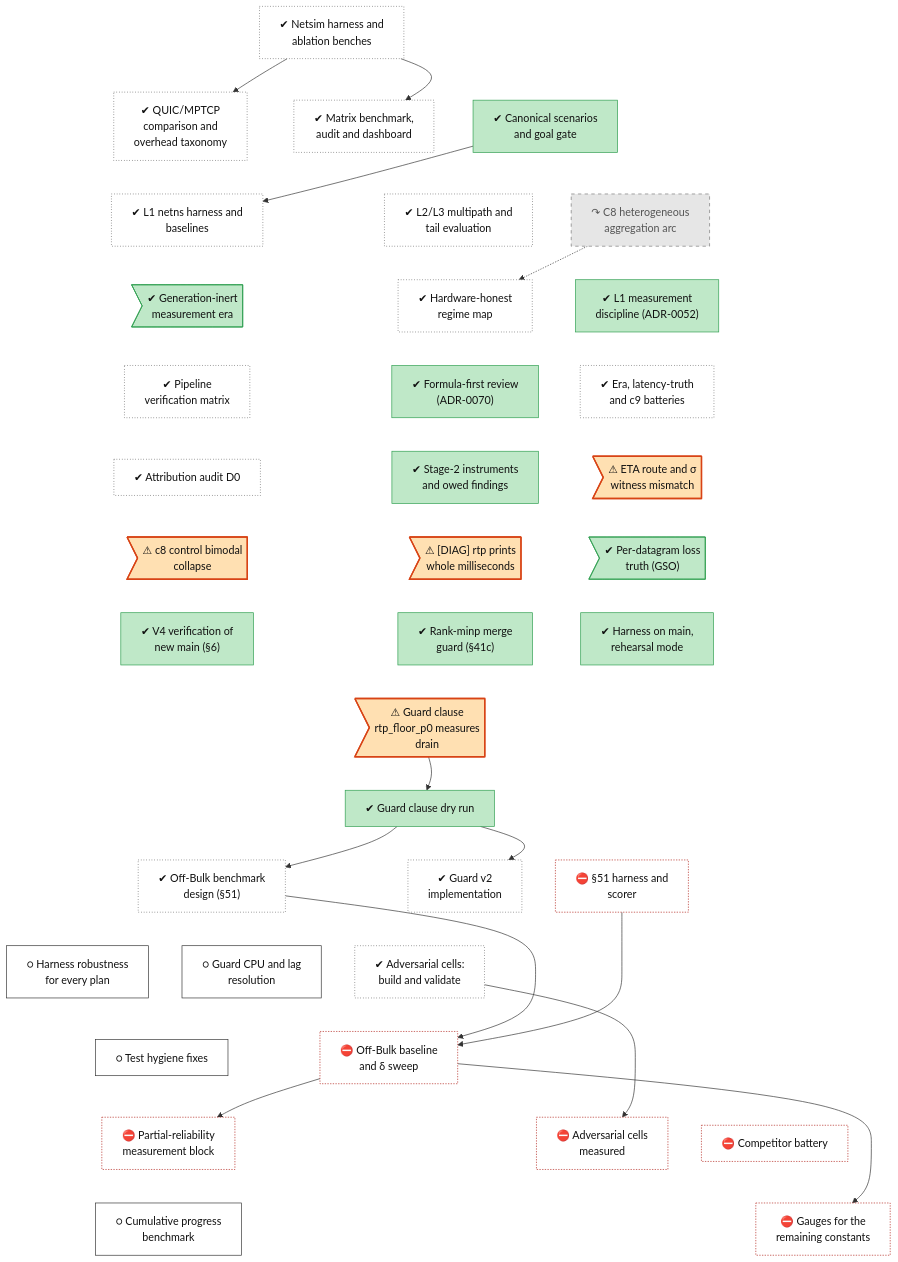
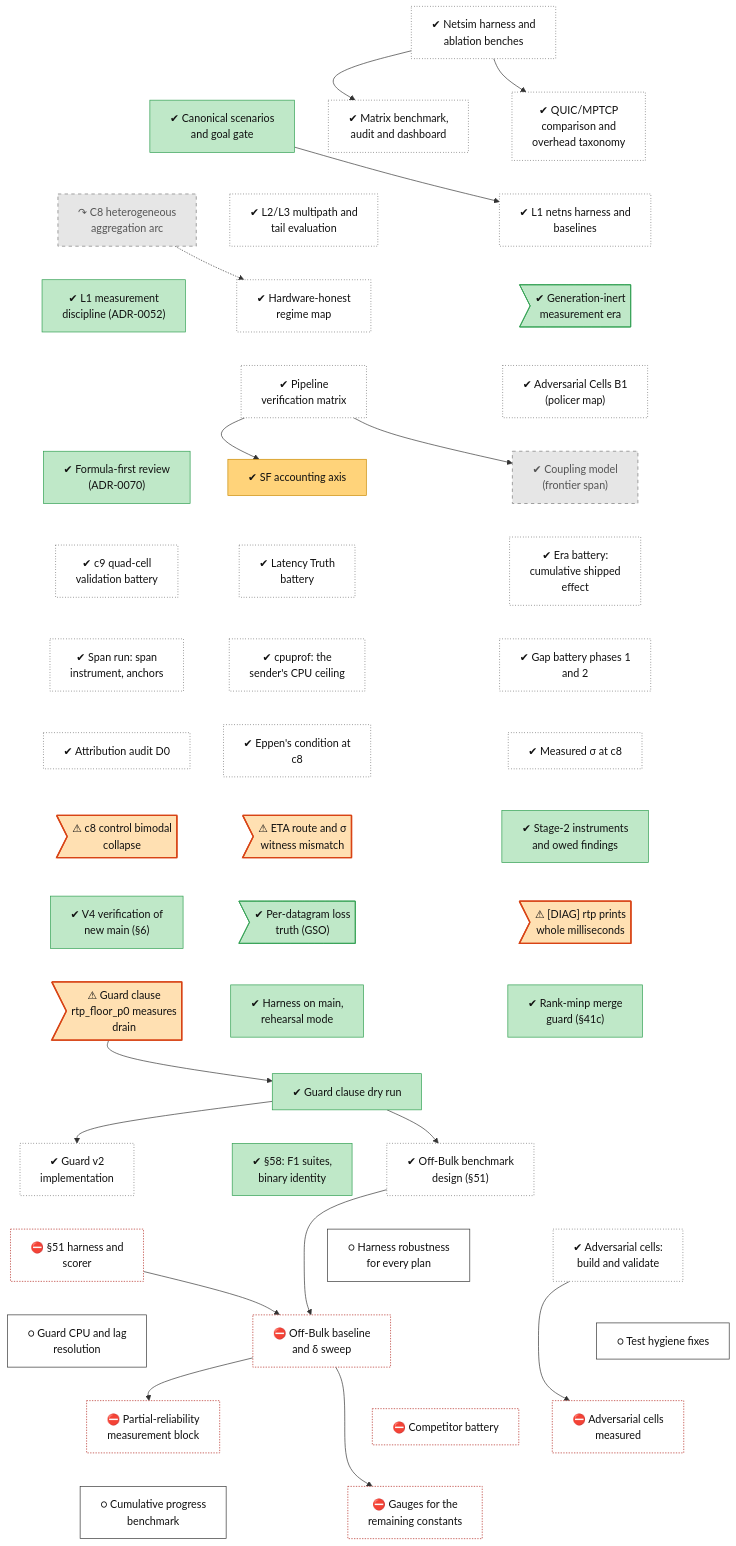
The diagram in docs/roadmap/tracks/meas.md (lhns/raptorpath), drawn with Mermaid before and after one commit. The commit also changed other lines of this file and 14 other files, not shown here.

First line of the commit message:
roadmap: §58-§60 up to date; family nodes split per experiment

```diff
--- a/docs/roadmap/tracks/meas.md
+++ b/docs/roadmap/tracks/meas.md
@@ -19,9 +19,19 @@
     meas_gen_inert_era>"✔ Generation-inert<br/>measurement era"]
     meas_regime_map["✔ Hardware-honest<br/>regime map"]
     meas_adr52_discipline["✔ L1 measurement<br/>discipline (ADR-0052)"]
+    meas_adversarial_b1["✔ Adversarial Cells B1<br/>(policer map)"]
     meas_pipeline_verification["✔ Pipeline<br/>verification matrix"]
+    meas_coupling_model["✔ Coupling model<br/>(frontier span)"]
+    meas_sf_accounting["✔ SF accounting axis"]
     meas_formula_first["✔ Formula-first review<br/>(ADR-0070)"]
-    meas_goal_0819["✔ Era, latency-truth<br/>and c9 batteries"]
+    meas_goal_0819["✔ Era battery:<br/>cumulative shipped<br/>effect"]
+    meas_latency_truth["✔ Latency Truth<br/>battery"]
+    meas_c9_battery["✔ c9 quad-cell<br/>validation battery"]
+    meas_gap_phases["✔ Gap battery phases 1<br/>and 2"]
+    meas_cpuprof["✔ cpuprof: the<br/>sender's CPU ceiling"]
+    meas_span_run["✔ Span run: span<br/>instrument, anchors"]
+    meas_sigma_c8["✔ Measured σ at c8"]
+    meas_eppen_c8["✔ Eppen's condition at<br/>c8"]
     meas_attribution_audit["✔ Attribution audit D0"]
     meas_wire_v8["✔ Stage-2 instruments<br/>and owed findings"]
     meas_defect_eta_witness>"⚠ ETA route and σ<br/>witness mismatch"]
@@ -35,6 +45,7 @@
     meas_guard_clause_dry["✔ Guard clause dry run"]
     meas_guard_v2_impl["✔ Guard v2<br/>implementation"]
     meas_s51_design["✔ Off-Bulk benchmark<br/>design (#167;51)"]
+    meas_s58_session["✔ #167;58: F1 suites,<br/>binary identity"]
     meas_s51_harness["⛔ #167;51 harness and<br/>scorer"]
     meas_adversarial_cells_build["✔ Adversarial cells:<br/>build and validate"]
     meas_harness_robustness["○ Harness robustness<br/>for every plan"]
@@ -55,12 +66,23 @@
     meas_l1_harness ~~~ meas_gen_inert_era
     meas_l2_multipath ~~~ meas_regime_map
     meas_c8_aggregation_arc ~~~ meas_adr52_discipline
-    meas_gen_inert_era ~~~ meas_pipeline_verification
-    meas_regime_map ~~~ meas_formula_first
-    meas_adr52_discipline ~~~ meas_goal_0819
-    meas_pipeline_verification ~~~ meas_attribution_audit
-    meas_formula_first ~~~ meas_wire_v8
-    meas_goal_0819 ~~~ meas_defect_eta_witness
+    meas_gen_inert_era ~~~ meas_adversarial_b1
+    meas_regime_map ~~~ meas_pipeline_verification
+    meas_adr52_discipline ~~~ meas_pipeline_verification
+    meas_adversarial_b1 ~~~ meas_coupling_model
+    meas_pipeline_verification ~~~ meas_sf_accounting
+    meas_pipeline_verification ~~~ meas_formula_first
+    meas_coupling_model ~~~ meas_goal_0819
+    meas_sf_accounting ~~~ meas_latency_truth
+    meas_formula_first ~~~ meas_c9_battery
+    meas_goal_0819 ~~~ meas_gap_phases
+    meas_latency_truth ~~~ meas_cpuprof
+    meas_c9_battery ~~~ meas_span_run
+    meas_gap_phases ~~~ meas_sigma_c8
+    meas_cpuprof ~~~ meas_eppen_c8
+    meas_span_run ~~~ meas_attribution_audit
+    meas_sigma_c8 ~~~ meas_wire_v8
+    meas_eppen_c8 ~~~ meas_defect_eta_witness
     meas_attribution_audit ~~~ meas_defect_c8_bimodal
     meas_wire_v8 ~~~ meas_defect_diag_rtp_ms
     meas_defect_eta_witness ~~~ meas_gso_truth
@@ -68,20 +90,20 @@
     meas_defect_diag_rtp_ms ~~~ meas_guard_41c
     meas_gso_truth ~~~ meas_harness_consolidation
     meas_v4_verification ~~~ meas_defect_rtp_floor
-    meas_guard_41c ~~~ meas_defect_rtp_floor
-    meas_harness_consolidation ~~~ meas_defect_rtp_floor
+    meas_guard_41c ~~~ meas_guard_clause_dry
+    meas_harness_consolidation ~~~ meas_guard_clause_dry
     meas_defect_rtp_floor ~~~ meas_guard_clause_dry
     meas_guard_clause_dry ~~~ meas_guard_v2_impl
     meas_guard_clause_dry ~~~ meas_s51_design
-    meas_guard_clause_dry ~~~ meas_s51_harness
-    meas_guard_v2_impl ~~~ meas_adversarial_cells_build
-    meas_s51_design ~~~ meas_harness_robustness
+    meas_guard_clause_dry ~~~ meas_s58_session
+    meas_guard_v2_impl ~~~ meas_s51_harness
+    meas_s51_design ~~~ meas_adversarial_cells_build
+    meas_s58_session ~~~ meas_harness_robustness
     meas_s51_harness ~~~ meas_guard_resolution
     meas_adversarial_cells_build ~~~ meas_test_hygiene
     meas_harness_robustness ~~~ meas_s51_session
-    meas_guard_resolution ~~~ meas_s51_session
-    meas_test_hygiene ~~~ meas_s51b_rho
-    meas_s51_session ~~~ meas_adversarial_cells_run
+    meas_guard_resolution ~~~ meas_s51b_rho
+    meas_test_hygiene ~~~ meas_adversarial_cells_run
     meas_s51_session ~~~ meas_competitor_battery
     meas_s51b_rho ~~~ meas_progress_baseline
     meas_adversarial_cells_run ~~~ meas_fix_gauges_p3
@@ -90,6 +112,8 @@
     meas_l0_sim_bench --> meas_matrix_bench
     meas_adr51_scenarios --> meas_l1_harness
     meas_c8_aggregation_arc -.-> meas_regime_map
+    meas_pipeline_verification --> meas_coupling_model
+    meas_pipeline_verification --> meas_sf_accounting
     meas_defect_rtp_floor --> meas_guard_clause_dry
     meas_guard_clause_dry --> meas_guard_v2_impl
     meas_guard_clause_dry --> meas_s51_design
@@ -111,9 +135,10 @@
     classDef userdec fill:#d9c2f0,stroke:#7b3fb5,color:#111
     classDef defect fill:#ffe0b2,stroke:#d84315,stroke-width:2px,color:#111
     classDef waiting fill:#e3f2fd,stroke:#1f6fc5,stroke-dasharray:5 5,color:#111
-    class meas_l0_sim_bench,meas_transport_comparison,meas_matrix_bench,meas_l1_harness,meas_l2_multipath,meas_regime_map,meas_pipeline_verification,meas_goal_0819,meas_attribution_audit,meas_guard_v2_impl,meas_s51_design,meas_adversarial_cells_build unrated
-    class meas_adr51_scenarios,meas_gen_inert_era,meas_adr52_discipline,meas_formula_first,meas_wire_v8,meas_gso_truth,meas_v4_verification,meas_guard_41c,meas_harness_consolidation,meas_guard_clause_dry succ
-    class meas_c8_aggregation_arc dead
+    class meas_l0_sim_bench,meas_transport_comparison,meas_matrix_bench,meas_l1_harness,meas_l2_multipath,meas_regime_map,meas_adversarial_b1,meas_pipeline_verification,meas_goal_0819,meas_latency_truth,meas_c9_battery,meas_gap_phases,meas_cpuprof,meas_span_run,meas_sigma_c8,meas_eppen_c8,meas_attribution_audit,meas_guard_v2_impl,meas_s51_design,meas_adversarial_cells_build unrated
+    class meas_adr51_scenarios,meas_gen_inert_era,meas_adr52_discipline,meas_formula_first,meas_wire_v8,meas_gso_truth,meas_v4_verification,meas_guard_41c,meas_harness_consolidation,meas_guard_clause_dry,meas_s58_session succ
+    class meas_c8_aggregation_arc,meas_coupling_model dead
+    class meas_sf_accounting mixed
     class meas_defect_eta_witness,meas_defect_c8_bimodal,meas_defect_diag_rtp_ms,meas_defect_rtp_floor defect
     class meas_s51_harness,meas_s51_session,meas_s51b_rho,meas_adversarial_cells_run,meas_competitor_battery,meas_fix_gauges_p3 blocked
     class meas_harness_robustness,meas_guard_resolution,meas_test_hygiene,meas_progress_baseline next
```
